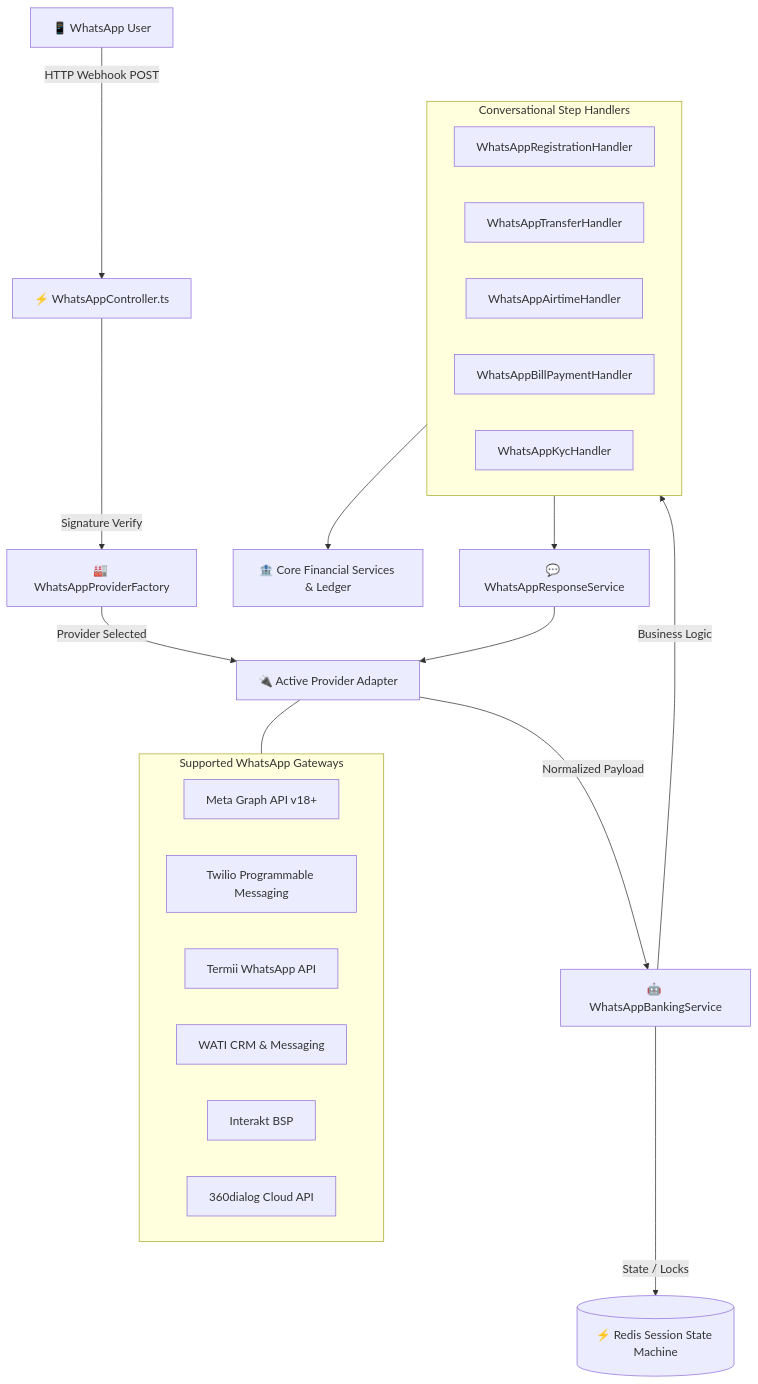
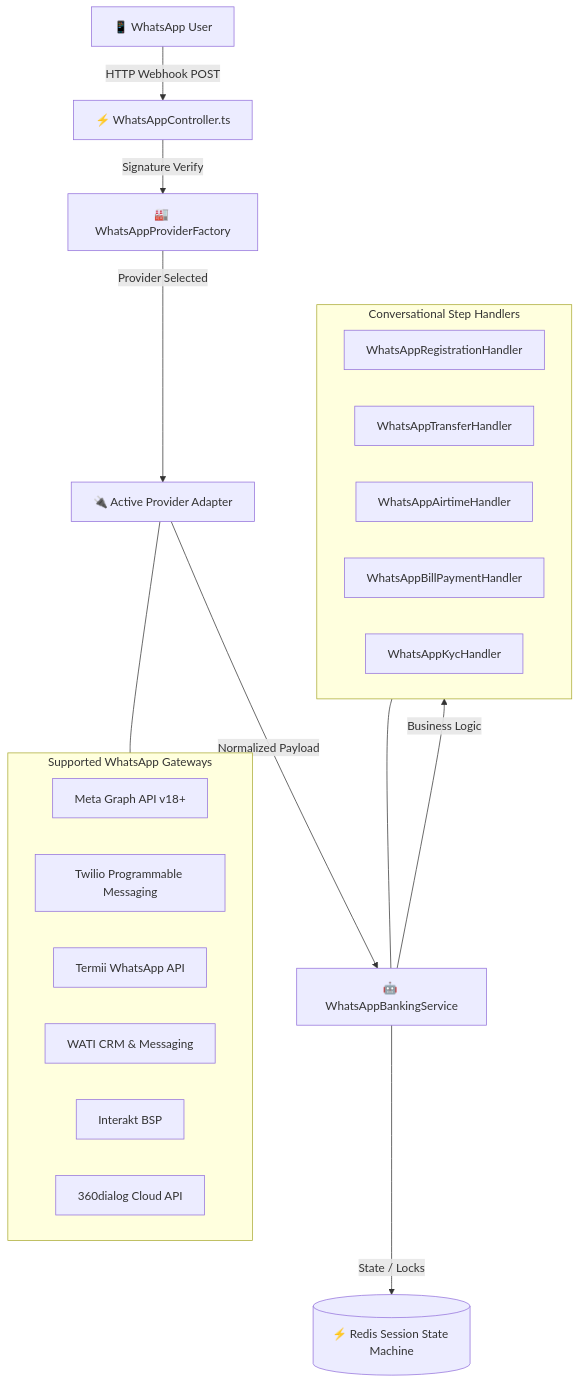
Before and after one commit to blurbeast/river_brand_docs: the first of 2 diagrams in 04-savings-investments-and-channels.md, drawn with Mermaid. The commit also changed other lines of this file and 3 other files, not shown here.

````diff
--- a/04-savings-investments-and-channels.md
+++ b/04-savings-investments-and-channels.md
@@ -62,32 +68,29 @@
 ```mermaid
 graph TD
     UserChat[📱 WhatsApp User] -->|HTTP Webhook POST| Controller[⚡ WhatsAppController.ts]
     Controller -->|Signature Verify| Factory[🏭 WhatsAppProviderFactory]
     
     Factory -->|Provider Selected| Provider[🔌 Active Provider Adapter]
     subgraph Providers [Supported WhatsApp Gateways]
         Meta[Meta Graph API v18+]
         Twilio[Twilio Programmable Messaging]
         Termii[Termii WhatsApp API]
         Wati[WATI CRM & Messaging]
         Interakt[Interakt BSP]
         ThreeSixty[360dialog Cloud API]
     end
     Provider --- Providers
     
     Provider -->|Normalized Payload| Engine[🤖 WhatsAppBankingService]
     Engine -->|State / Locks| Redis[(⚡ Redis Session State Machine)]
     Engine -->|Business Logic| Handlers[📦 Domain Handlers]
     
     subgraph Handlers [Conversational Step Handlers]
         H_Reg[WhatsAppRegistrationHandler]
         H_Trf[WhatsAppTransferHandler]
         H_Air[WhatsAppAirtimeHandler]
-        H_Bill[WhatsAppBillPaymentHandler]
+        H_Bil[WhatsAppBillPaymentHandler]
         H_Kyc[WhatsAppKycHandler]
     end
-    
-    Handlers --> Financial[🏦 Core Financial Services & Ledger]
-    Handlers --> Response[💬 WhatsAppResponseService]
-    Response --> Provider
+    Handlers --- Engine
 ```
````
